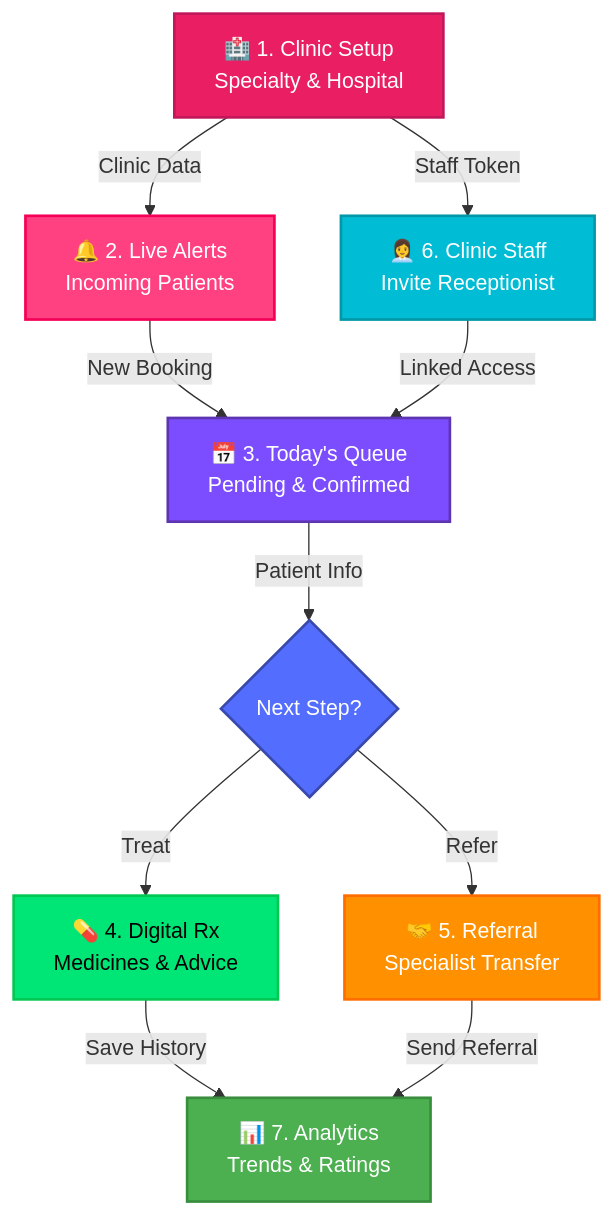
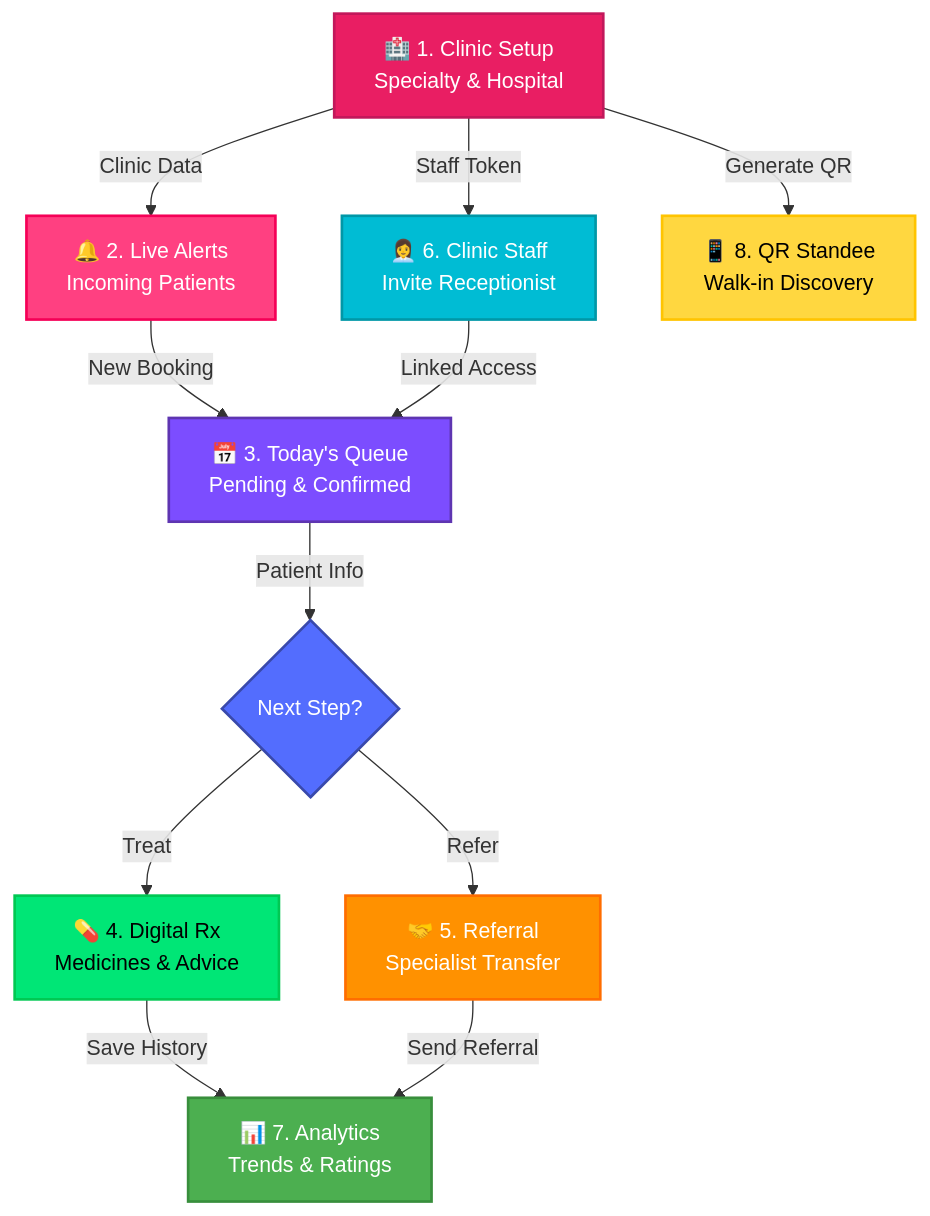
One commit to manikant1446/MedZoo changed the second of 6 diagrams in README.md. Above: the diagram before and after it, drawn with Mermaid. The commit also changed other lines of this file, not shown here.

````diff
--- a/README.md
+++ b/README.md
@@ -153,30 +446,33 @@
 ```mermaid
 flowchart TD
     A["🏥 1. Clinic Setup<br/>Specialty & Hospital"]
     B["🔔 2. Live Alerts<br/>Incoming Patients"]
     C["📅 3. Today's Queue<br/>Pending & Confirmed"]
     D{"Next Step?"}
     D1["💊 4. Digital Rx<br/>Medicines & Advice"]
     D2["🤝 5. Referral<br/>Specialist Transfer"]
     E["👩‍💼 6. Clinic Staff<br/>Invite Receptionist"]
     F["📊 7. Analytics<br/>Trends & Ratings"]
+    G["📱 8. QR Standee<br/>Walk-in Discovery"]
 
     A -->|"Clinic Data"| B
     B -->|"New Booking"| C
     C -->|"Patient Info"| D
     D -->|"Treat"| D1
     D -->|"Refer"| D2
     D1 -->|"Save History"| F
     D2 -->|"Send Referral"| F
     A -->|"Staff Token"| E
     E -->|"Linked Access"| C
+    A -->|"Generate QR"| G
 
     style A fill:#E91E63,color:#fff,stroke:#C2185B,stroke-width:2px
     style B fill:#FF4081,color:#fff,stroke:#F50057,stroke-width:2px
     style C fill:#7C4DFF,color:#fff,stroke:#5E35B1,stroke-width:2px
     style D fill:#536DFE,color:#fff,stroke:#3949AB,stroke-width:2px
     style D1 fill:#00E676,color:#000,stroke:#00C853,stroke-width:2px
     style D2 fill:#FF9100,color:#fff,stroke:#FF6D00,stroke-width:2px
     style E fill:#00BCD4,color:#fff,stroke:#0097A7,stroke-width:2px
     style F fill:#4CAF50,color:#fff,stroke:#388E3C,stroke-width:2px
+    style G fill:#FFD740,color:#000,stroke:#FFC400,stroke-width:2px
 ```
````
